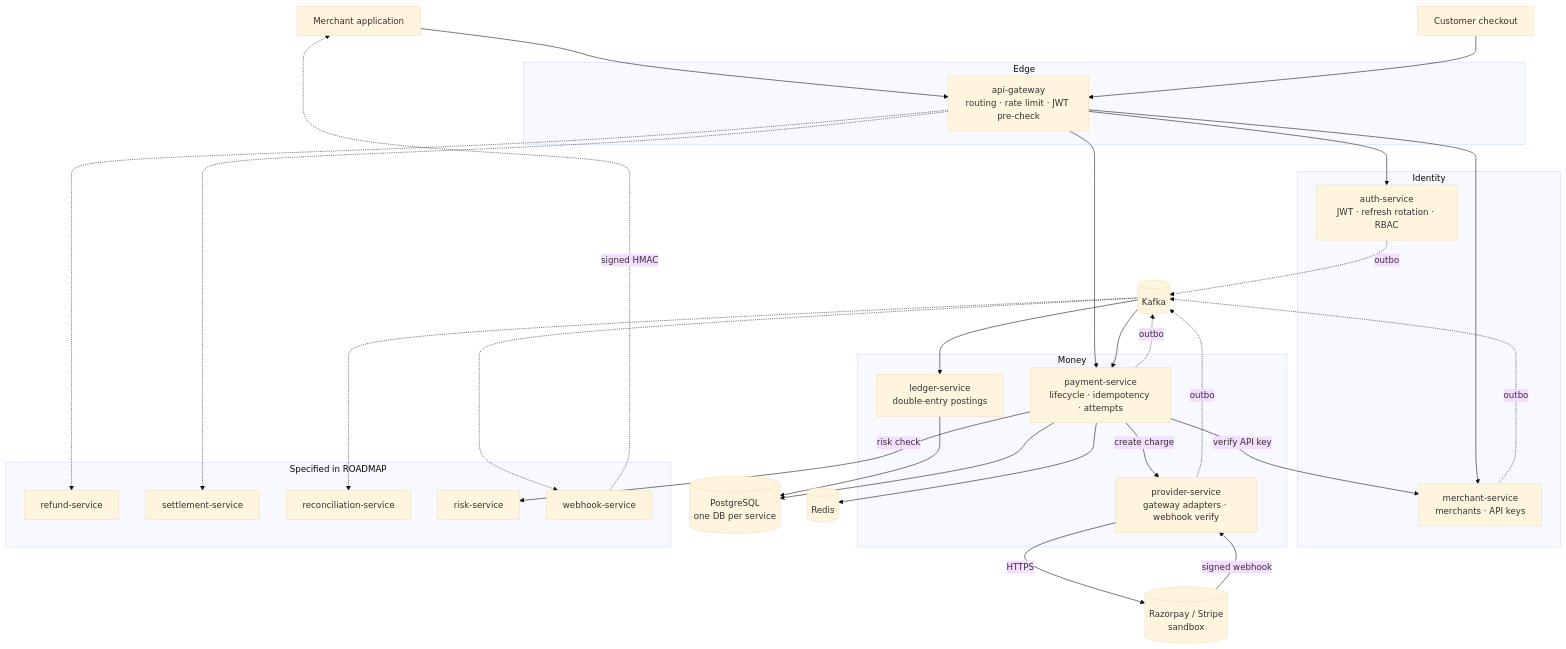
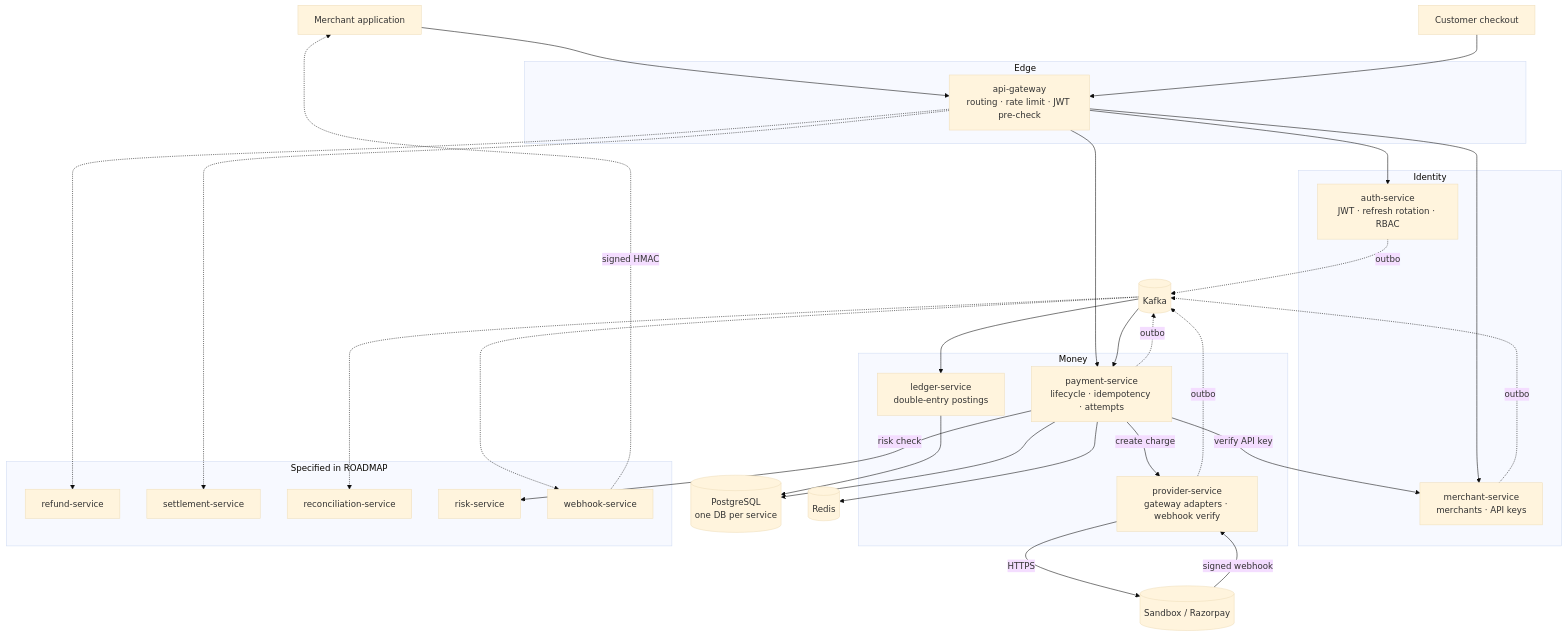
The first of 3 diagrams in README.md (firoz1860/payflow), drawn with Mermaid (base theme) before and after one commit. The commit also changed other lines of this file and 61 other files, not shown here.

````diff
--- a/README.md
+++ b/README.md
@@ -71,57 +77,57 @@
 ```mermaid
 flowchart TB
     Merchant[Merchant application]
     Customer[Customer checkout]
 
     subgraph Edge
         GW[api-gateway<br/>routing · rate limit · JWT pre-check]
     end
 
     subgraph Identity
         AUTH[auth-service<br/>JWT · refresh rotation · RBAC]
         MERCH[merchant-service<br/>merchants · API keys]
     end
 
     subgraph Money
         PAY[payment-service<br/>lifecycle · idempotency · attempts]
         PROV[provider-service<br/>gateway adapters · webhook verify]
         LEDG[ledger-service<br/>double-entry postings]
     end
 
     subgraph Planned["Specified in ROADMAP"]
         REF[refund-service]
         SET[settlement-service]
         REC[reconciliation-service]
         RISK[risk-service]
         WH[webhook-service]
     end
 
     Merchant --> GW
     Customer --> GW
     GW --> AUTH
     GW --> MERCH
     GW --> PAY
     GW -.-> REF
     GW -.-> SET
 
     PAY -->|verify API key| MERCH
     PAY -->|risk check| RISK
     PAY -->|create charge| PROV
-    PROV -->|HTTPS| External[(Razorpay / Stripe<br/>sandbox)]
+    PROV -->|HTTPS| External[(Sandbox / Razorpay)]
     External -->|signed webhook| PROV
 
     PAY -.outbox.-> K[(Kafka)]
     PROV -.outbox.-> K
     MERCH -.outbox.-> K
     AUTH -.outbox.-> K
 
     K --> LEDG
     K --> PAY
     K -.-> WH
     K -.-> REC
     WH -.signed HMAC.-> Merchant
 
     LEDG --> PG[(PostgreSQL<br/>one DB per service)]
     PAY --> PG
     PAY --> R[(Redis)]
 ```
````
